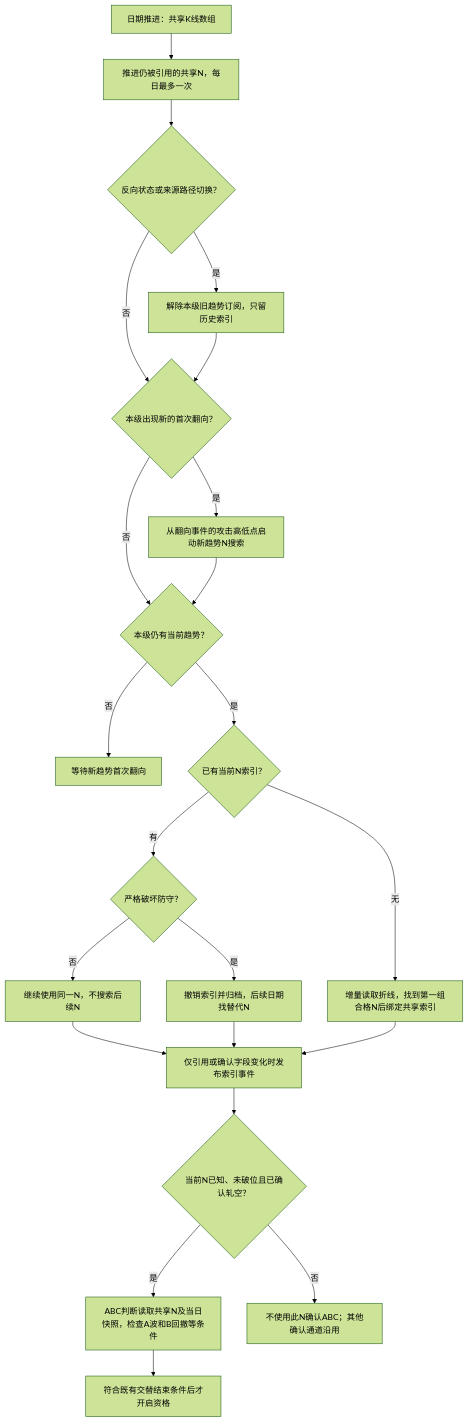
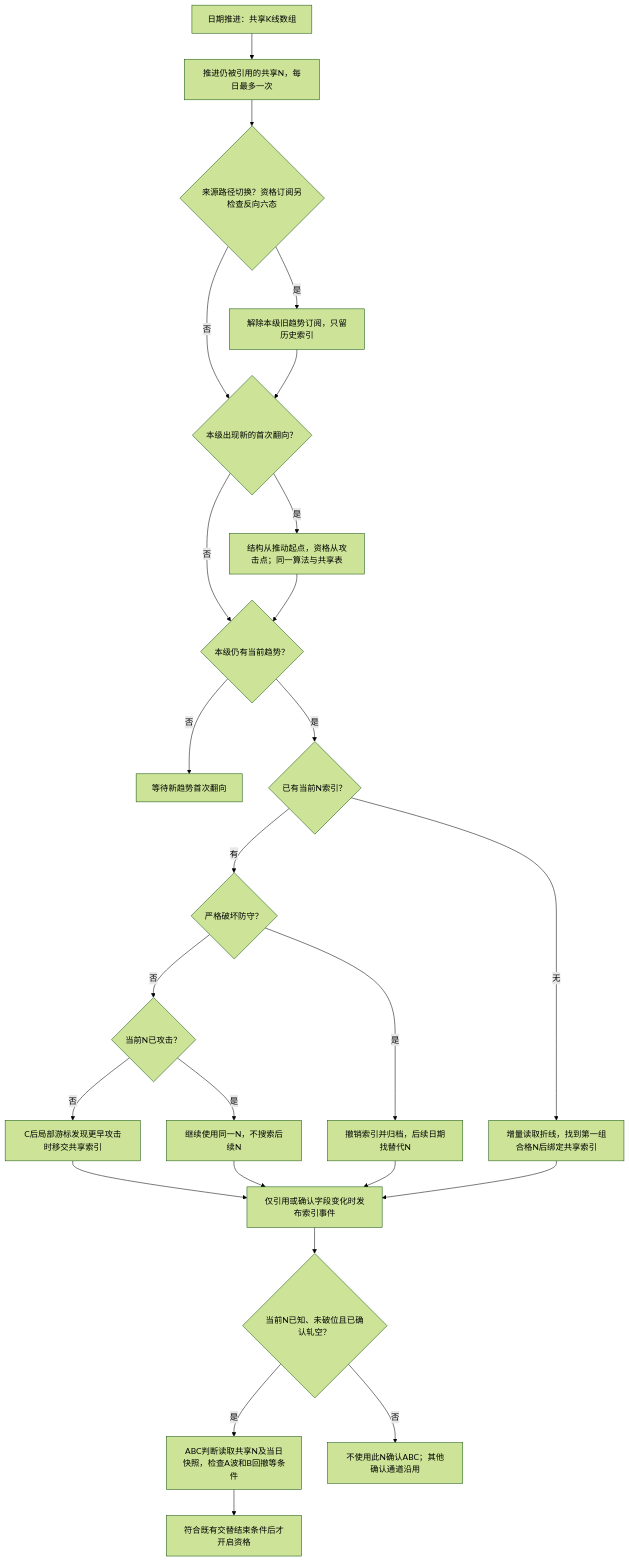
Before and after one commit to bobo553/wavequant-monorepo: diagram 19 of 27 in docs/trend-analysis-flow.md, drawn with Mermaid (forest theme). The commit also changed other lines of this file and 19 other files, not shown here.

````diff
--- a/docs/trend-analysis-flow.md
+++ b/docs/trend-analysis-flow.md
@@ -643,24 +667,27 @@
 ```mermaid
 flowchart TD
     A["日期推进：共享K线数组"] --> B["推进仍被引用的共享N，每日最多一次"]
-    B --> C{"反向状态或来源路径切换？"}
+    B --> C{"来源路径切换？资格订阅另检查反向六态"}
     C -->|是| D["解除本级旧趋势订阅，只留历史索引"]
     C -->|否| E{"本级出现新的首次翻向？"}
     D --> E
-    E -->|是| F["从翻向事件的攻击高低点启动新趋势N搜索"]
+    E -->|是| F["结构从推动起点，资格从攻击点；同一算法与共享表"]
     E -->|否| H{"本级仍有当前趋势？"}
     F --> H
     H -->|否| Z["等待新趋势首次翻向"]
     H -->|是| I{"已有当前N索引？"}
     I -->|有| J{"严格破坏防守？"}
-    J -->|否| K["继续使用同一N，不搜索后续N"]
+    J -->|否| LOCK{"当前N已攻击？"}
+    LOCK -->|是| K["继续使用同一N，不搜索后续N"]
+    LOCK -->|否| LOCAL["C后局部游标发现更早攻击时移交共享索引"]
+    LOCAL --> P
     J -->|是| L["撤销索引并归档，后续日期找替代N"]
     I -->|无| M["增量读取折线，找到第一组合格N后绑定共享索引"]
     K --> P["仅引用或确认字段变化时发布索引事件"]
     L --> P
     M --> P
     P --> Q{"当前N已知、未破位且已确认轧空？"}
     Q -->|是| R["ABC判断读取共享N及当日快照，检查A波和B回撤等条件"]
     Q -->|否| S["不使用此N确认ABC；其他确认通道沿用"]
     R --> T["符合既有交替结束条件后才开启资格"]
 ```
````
